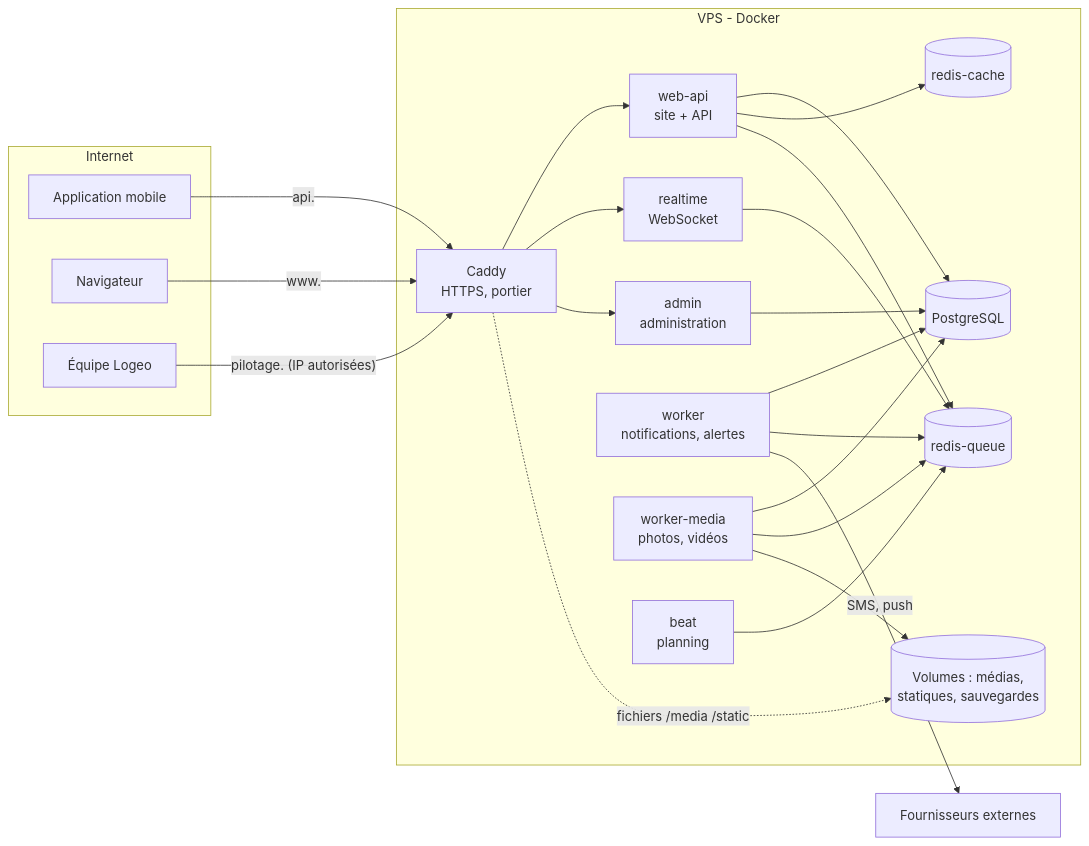
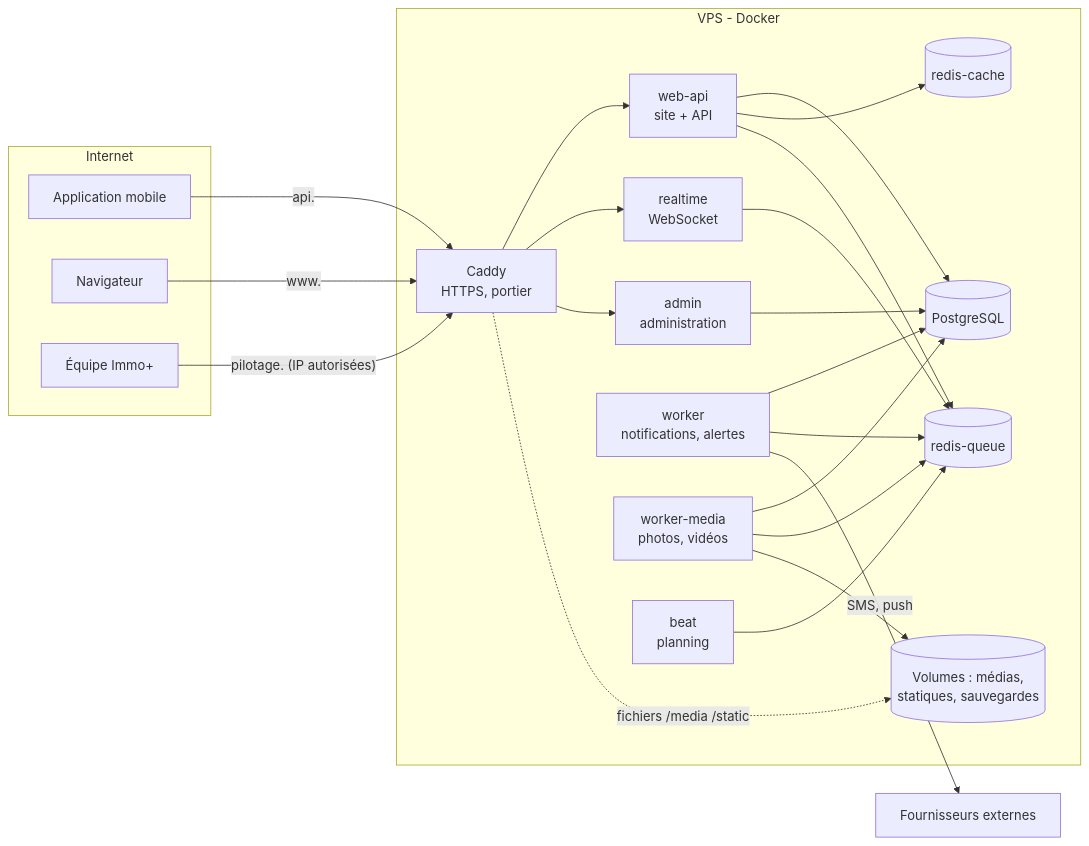
The first of 2 diagrams in docs/comprendre-immoplus.md (romeolontchedji/immoplus), drawn with Mermaid before and after one commit. The commit also changed other lines of this file and 171 other files, not shown here.

````diff
--- a/docs/comprendre-immoplus.md
+++ b/docs/comprendre-immoplus.md
@@ -108,40 +108,40 @@
 ```mermaid
 flowchart LR
   subgraph Internet
     A[Application mobile]
     B[Navigateur]
-    C[Équipe Logeo]
+    C[Équipe Immo+]
   end
   subgraph Serveur[VPS - Docker]
     K[Caddy<br/>HTTPS, portier]
     W[web-api<br/>site + API]
     R[realtime<br/>WebSocket]
     D[admin<br/>administration]
     WK[worker<br/>notifications, alertes]
     WM[worker-media<br/>photos, vidéos]
     BT[beat<br/>planning]
     PG[(PostgreSQL)]
     RC[(redis-cache)]
     RQ[(redis-queue)]
     V[(Volumes : médias,<br/>statiques, sauvegardes)]
   end
   A -- "api." --> K
   B -- "www." --> K
   C -- "pilotage. (IP autorisées)" --> K
   K --> W
   K --> R
   K --> D
   K -. "fichiers /media /static" .-> V
   W --> PG
   W --> RC
   W --> RQ
   R --> RQ
   D --> PG
   WK --> PG
   WK --> RQ
   WM --> PG
   WM --> RQ
   WM --> V
   BT --> RQ
   WK -- "SMS, push" --> Ext[Fournisseurs externes]
 ```
````
